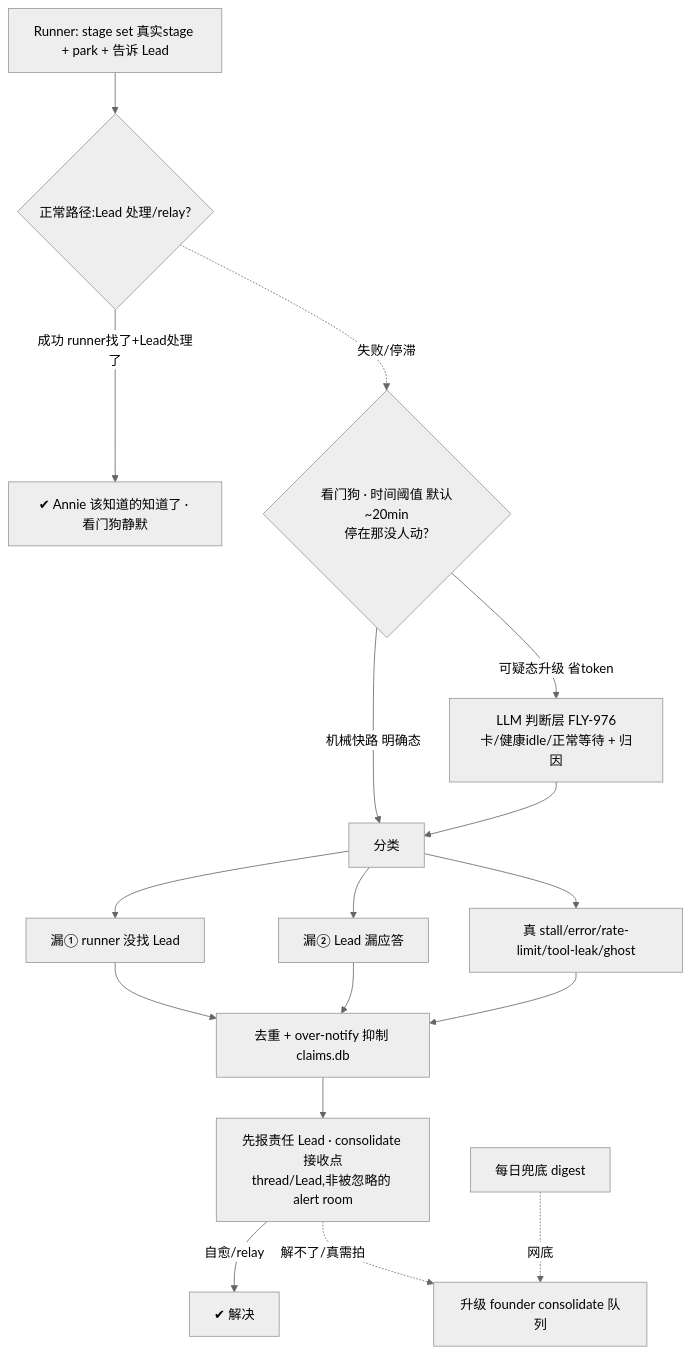
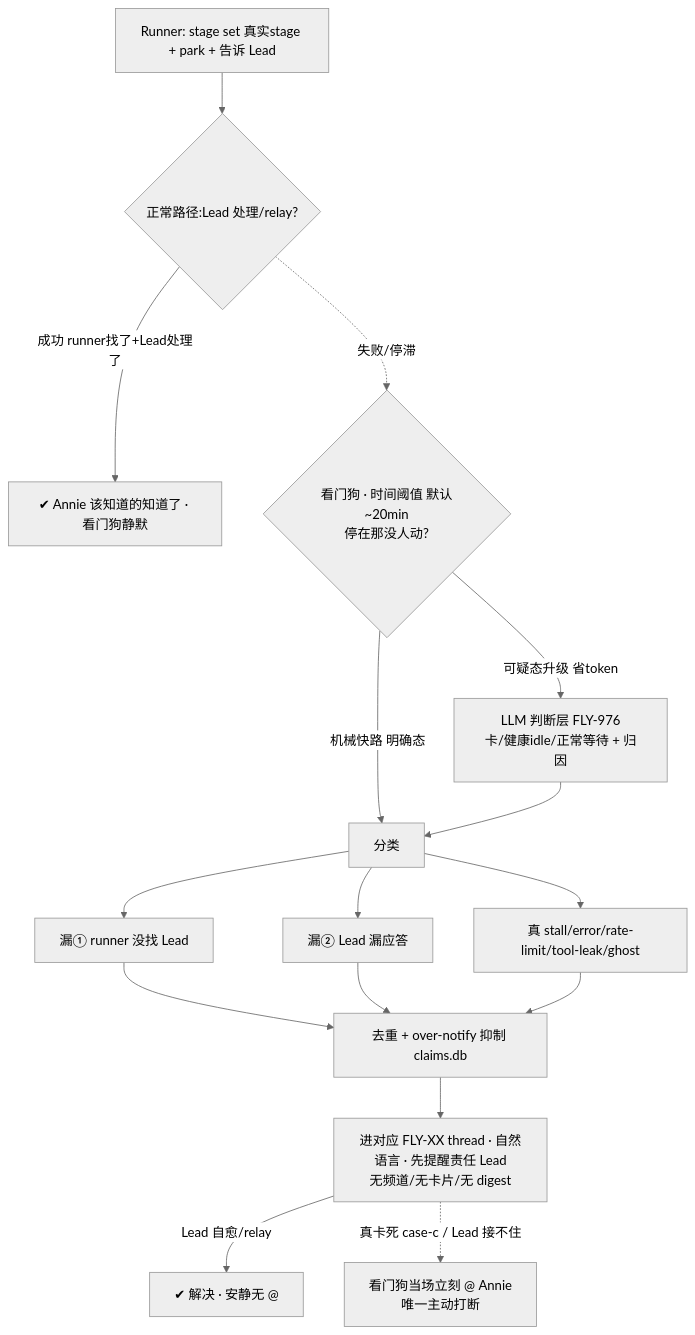
Before and after one commit to xrliAnnie/flywheel-qa-sandbox: the first of 2 diagrams in product/doc/FLY-942-proactive-reporting/prd.md, drawn with Mermaid (neutral theme). The commit also changed other lines of this file and 1 other file, not shown here.

First line of the commit message:
docs(FLY-942): G2 reporting layer FINAL — Annie 2026-07-08 大幅简化

````diff
--- a/product/doc/FLY-942-proactive-reporting/prd.md
+++ b/product/doc/FLY-942-proactive-reporting/prd.md
@@ -34,19 +34,18 @@
 ```mermaid
 flowchart TD
   R[Runner: stage set 真实stage + park + 告诉 Lead] --> NP{正常路径:Lead 处理/relay?}
   NP -->|成功 runner找了+Lead处理了| OK[✔ Annie 该知道的知道了 · 看门狗静默]
   NP -. 失败/停滞 .-> WD{看门狗 · 时间阈值 默认~20min<br/>停在那没人动?}
   WD -->|机械快路 明确态| CLS[分类]
   WD -->|可疑态升级 省token| LLM[LLM 判断层 FLY-976<br/>卡/健康idle/正常等待 + 归因]
   LLM --> CLS
   CLS --> G1[漏① runner 没找 Lead]
   CLS --> G2[漏② Lead 漏应答]
   CLS --> G3[真 stall/error/rate-limit/tool-leak/ghost]
   G1 --> DEDUP[去重 + over-notify 抑制 claims.db]
   G2 --> DEDUP
   G3 --> DEDUP
-  DEDUP --> LEAD[先报责任 Lead · consolidate 接收点<br/>thread/Lead,非被忽略的 alert room]
-  LEAD -->|自愈/relay| DONE2[✔ 解决]
-  LEAD -. 解不了/真需拍 .-> ANNIE[升级 founder consolidate 队列]
-  DAILY[每日兜底 digest] -. 网底 .-> ANNIE
+  DEDUP --> THREAD[进对应 FLY-XX thread · 自然语言 · 先提醒责任 Lead<br/>无频道/无卡片/无 digest]
+  THREAD -->|Lead 自愈/relay| DONE2[✔ 解决 · 安静无 @]
+  THREAD -. 真卡死 case-c / Lead 接不住 .-> ANNIE[看门狗当场立刻 @ Annie<br/>唯一主动打断]
 ```
````
